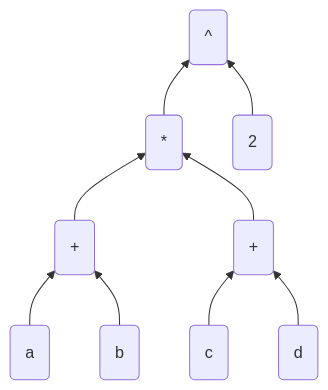
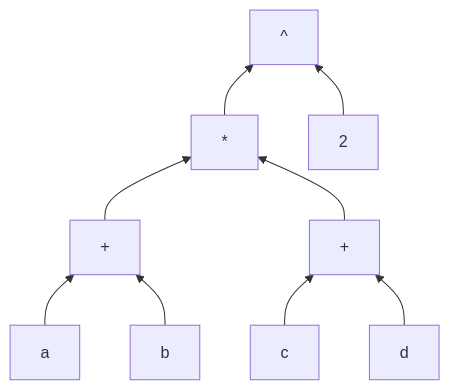
One commit to bogedy/bogedy.github.io changed the fifth of 5 diagrams in content/blog/struck.md. Above: the diagram before and after it, drawn with Mermaid. The commit also changed other lines of this file and 4 other files, not shown here.

````diff
--- a/content/blog/struck.md
+++ b/content/blog/struck.md
@@ -236,7 +236,7 @@
 ```mermaid
 flowchart BT
-  m(*) & t(2) --> e(^)
-  p1(+) & p2(+) --> m
-  a(a) & b(b) --> p1
-  c(c) & d(d) --> p2
+  m[*] & t[2] --> e[^]
+  p1[+] & p2[+] --> m
+  a[a] & b[b] --> p1
+  c[c] & d[d] --> p2
 ```
````
